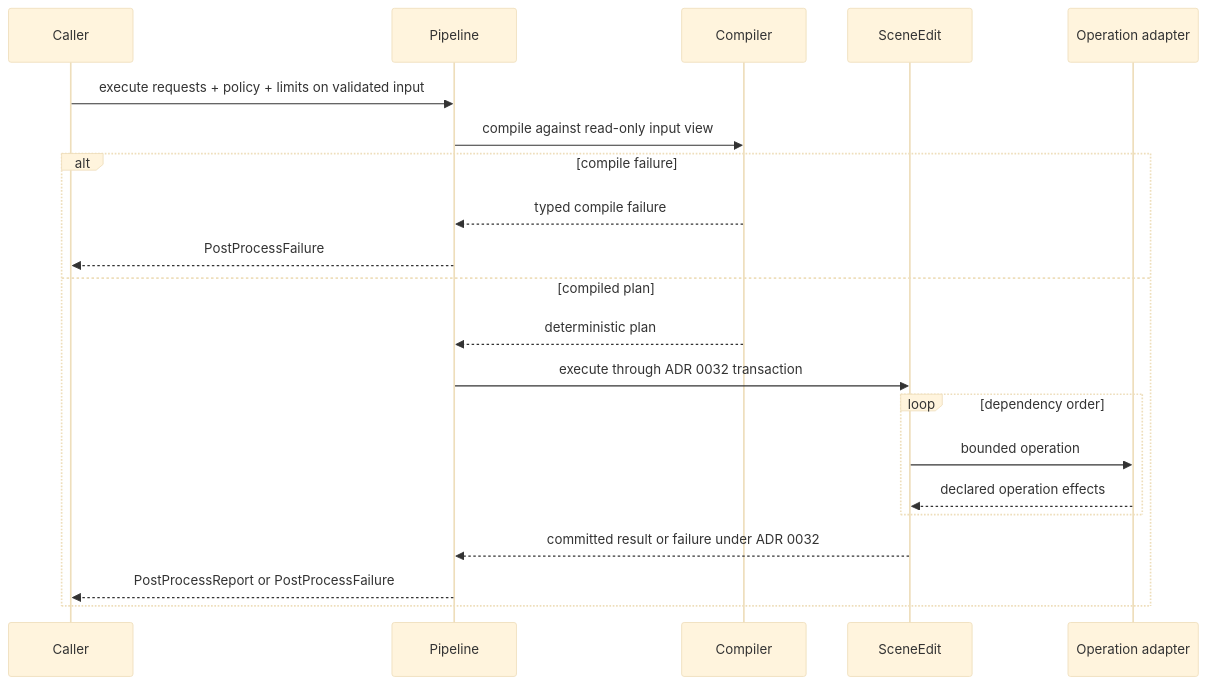
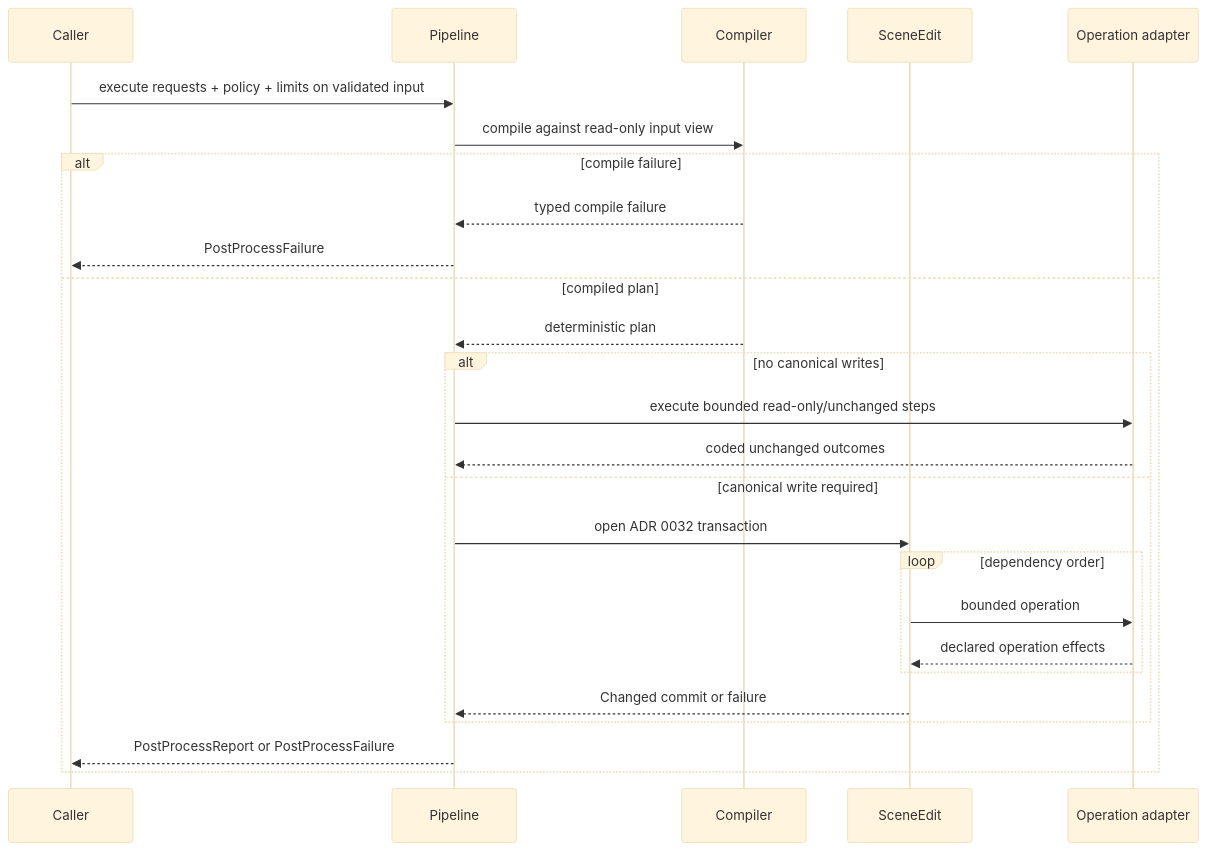
One commit to Latias94/baozi changed the second of 2 diagrams in docs/adr/0013-post-process-pipeline-semantics-presets-and-mutation-model.md. Above: the diagram before and after it, drawn with Mermaid (base theme). The commit also changed other lines of this file and 32 other files, not shown here.

First line of the commit message:
feat(architecture): enforce canonical ADR governance

````diff
--- a/docs/adr/0013-post-process-pipeline-semantics-presets-and-mutation-model.md
+++ b/docs/adr/0013-post-process-pipeline-semantics-presets-and-mutation-model.md
@@ -120,24 +165,29 @@
 ```mermaid
 sequenceDiagram
     participant Caller
     participant Pipeline
     participant Compiler
     participant Edit as SceneEdit
     participant Step as Operation adapter
 
     Caller->>Pipeline: execute requests + policy + limits on validated input
     Pipeline->>Compiler: compile against read-only input view
     alt compile failure
         Compiler-->>Pipeline: typed compile failure
         Pipeline-->>Caller: PostProcessFailure
     else compiled plan
         Compiler-->>Pipeline: deterministic plan
-        Pipeline->>Edit: execute through ADR 0032 transaction
-        loop dependency order
-            Edit->>Step: bounded operation
-            Step-->>Edit: declared operation effects
+        alt no canonical writes
+            Pipeline->>Step: execute bounded read-only/unchanged steps
+            Step-->>Pipeline: coded unchanged outcomes
+        else canonical write required
+            Pipeline->>Edit: open ADR 0032 transaction
+            loop dependency order
+                Edit->>Step: bounded operation
+                Step-->>Edit: declared operation effects
+            end
+            Edit-->>Pipeline: Changed commit or failure
         end
-        Edit-->>Pipeline: committed result or failure under ADR 0032
         Pipeline-->>Caller: PostProcessReport or PostProcessFailure
     end
 ```
````
